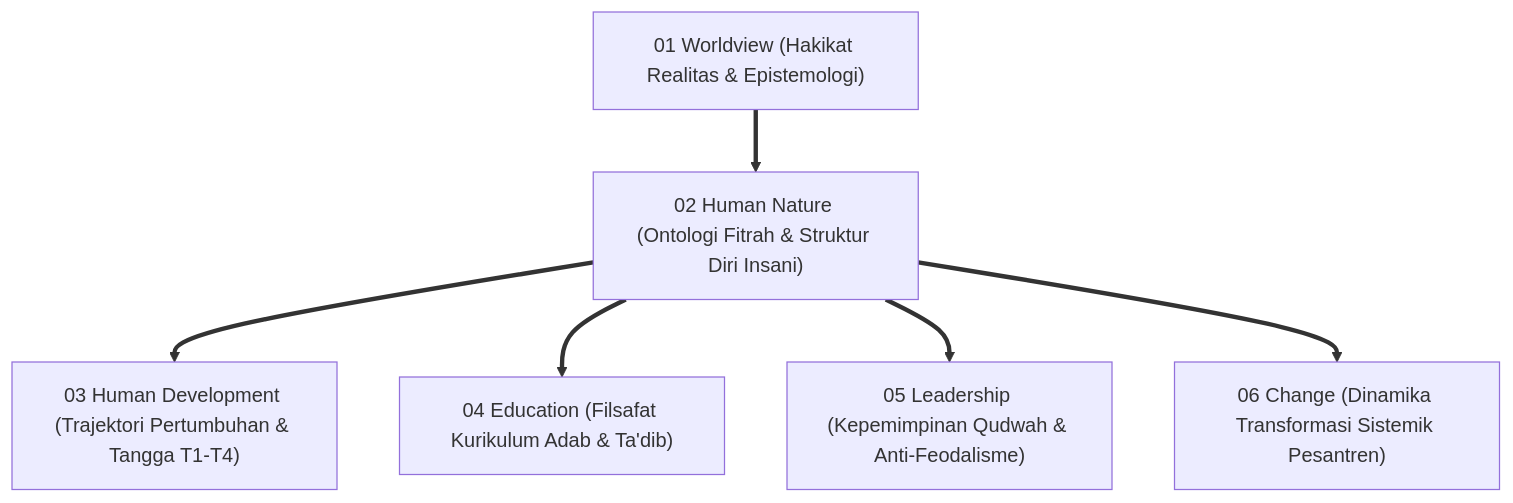
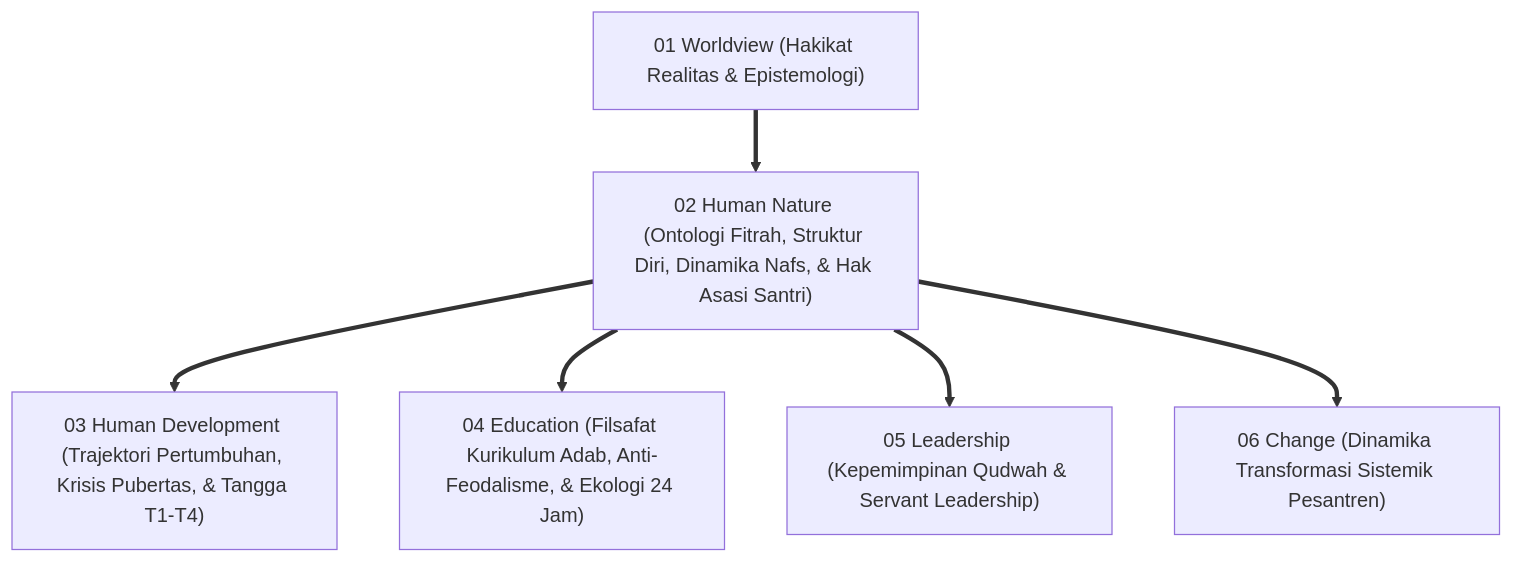
The first of 3 diagrams in 01 Philosophy/02 Human Nature/P1-02-Human-Nature-TUMBUH.md (wandiapriliyandi/tumbuh), drawn with Mermaid before and after one commit. The commit also changed other lines of this file and 18 other files, not shown here.

````diff
--- a/01 Philosophy/02 Human Nature/P1-02-Human-Nature-TUMBUH.md
+++ b/01 Philosophy/02 Human Nature/P1-02-Human-Nature-TUMBUH.md
@@ -50,10 +50,10 @@
 ```mermaid
 graph TD
     WV["01 Worldview (Hakikat Realitas & Epistemologi)"] 
-    ==> HN["02 Human Nature (Ontologi Fitrah & Struktur Diri Insani)"]
+    ==> HN["02 Human Nature (Ontologi Fitrah, Struktur Diri, Dinamika Nafs, & Hak Asasi Santri)"]
     
-    HN ==> HD["03 Human Development (Trajektori Pertumbuhan & Tangga T1-T4)"]
-    HN ==> ED["04 Education (Filsafat Kurikulum Adab & Ta'dib)"]
-    HN ==> LD["05 Leadership (Kepemimpinan Qudwah & Anti-Feodalisme)"]
+    HN ==> HD["03 Human Development (Trajektori Pertumbuhan, Krisis Pubertas, & Tangga T1-T4)"]
+    HN ==> ED["04 Education (Filsafat Kurikulum Adab, Anti-Feodalisme, & Ekologi 24 Jam)"]
+    HN ==> LD["05 Leadership (Kepemimpinan Qudwah & Servant Leadership)"]
     HN ==> CH["06 Change (Dinamika Transformasi Sistemik Pesantren)"]
 ```
````
